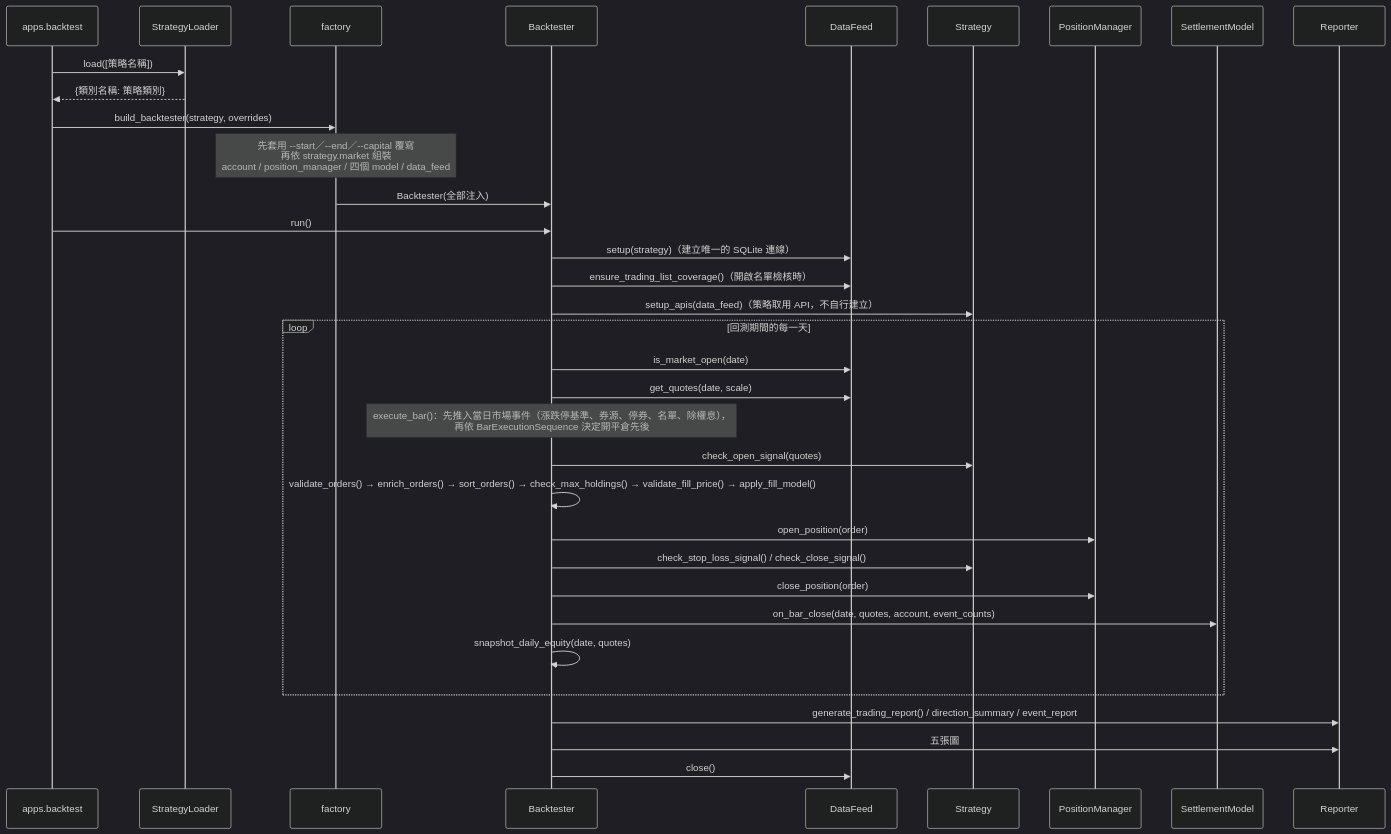
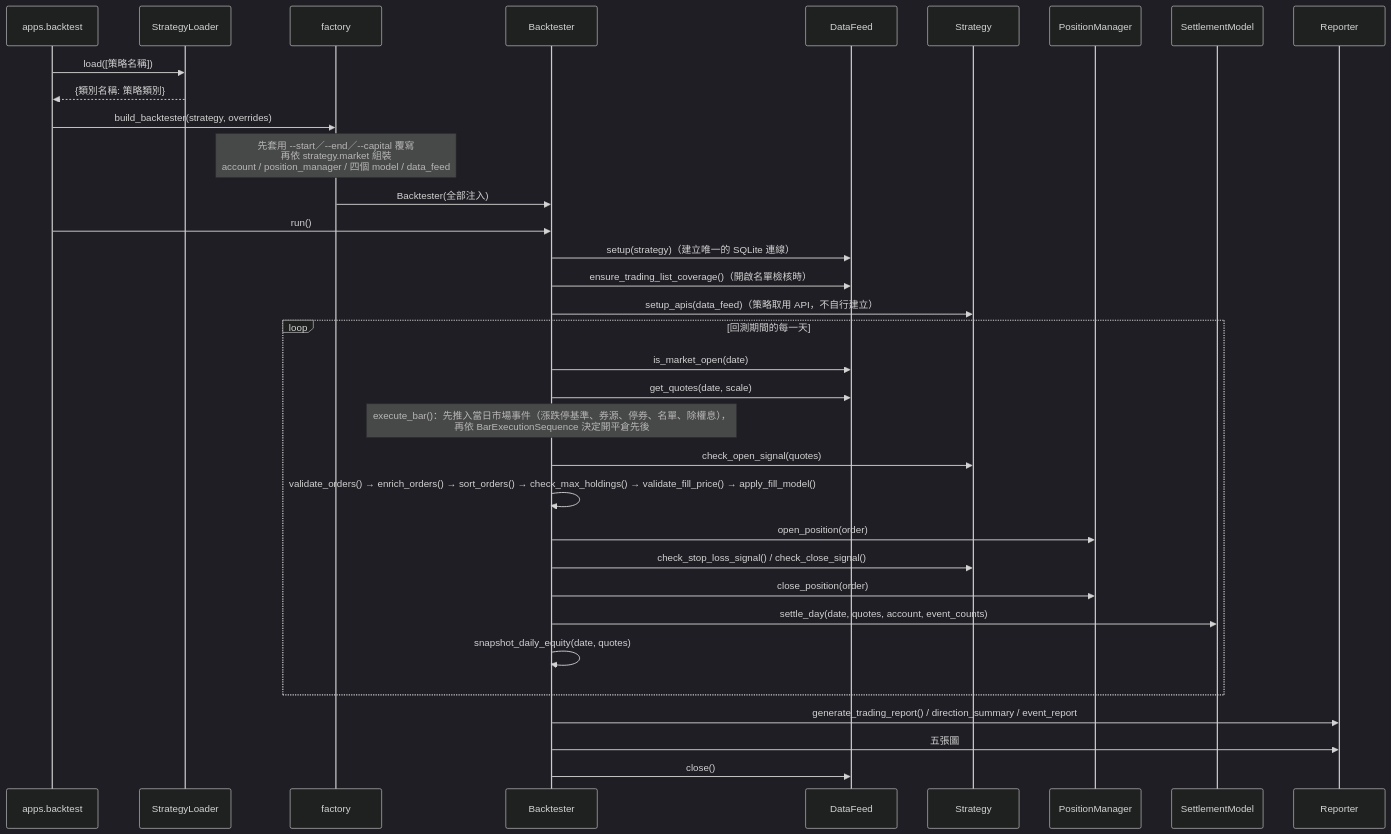
Before and after one commit to NYFund/alphaedge: the diagram in docs/backtest/module-map.md, drawn with Mermaid (dark theme). The commit also changed other lines of this file and 19 other files, not shown here.

First line of the commit message:
refactor(backtest): 引擎內部改名 settle_day 與 reference_prices

````diff
--- a/docs/backtest/module-map.md
+++ b/docs/backtest/module-map.md
@@ -64,40 +64,40 @@
 ```mermaid
 sequenceDiagram
     participant CLI as apps.backtest
     participant Loader as StrategyLoader
     participant F as factory
     participant BT as Backtester
     participant Feed as DataFeed
     participant S as Strategy
     participant PM as PositionManager
     participant SM as SettlementModel
     participant R as Reporter
 
     CLI->>Loader: load([策略名稱])
     Loader-->>CLI: {類別名稱: 策略類別}
     CLI->>F: build_backtester(strategy, overrides)
 
     Note over F: 先套用 --start／--end／--capital 覆寫<br/>再依 strategy.market 組裝<br/>account / position_manager / 四個 model / data_feed
     F->>BT: Backtester(全部注入)
     CLI->>BT: run()
     BT->>Feed: setup(strategy)（建立唯一的 SQLite 連線）
     BT->>Feed: ensure_trading_list_coverage()（開啟名單檢核時）
     BT->>S: setup_apis(data_feed)（策略取用 API，不自行建立）
 
     loop 回測期間的每一天
         BT->>Feed: is_market_open(date)
         BT->>Feed: get_quotes(date, scale)
         Note over BT: execute_bar()：先推入當日市場事件（漲跌停基準、券源、停券、名單、除權息），<br/>再依 BarExecutionSequence 決定開平倉先後
         BT->>S: check_open_signal(quotes)
         BT->>BT: validate_orders() → enrich_orders() → sort_orders() → check_max_holdings() → validate_fill_price() → apply_fill_model()
         BT->>PM: open_position(order)
         BT->>S: check_stop_loss_signal() / check_close_signal()
         BT->>PM: close_position(order)
-        BT->>SM: on_bar_close(date, quotes, account, event_counts)
+        BT->>SM: settle_day(date, quotes, account, event_counts)
         BT->>BT: snapshot_daily_equity(date, quotes)
     end
 
     BT->>R: generate_trading_report() / direction_summary / event_report
     BT->>R: 五張圖
     BT->>Feed: close()
 ```
````
